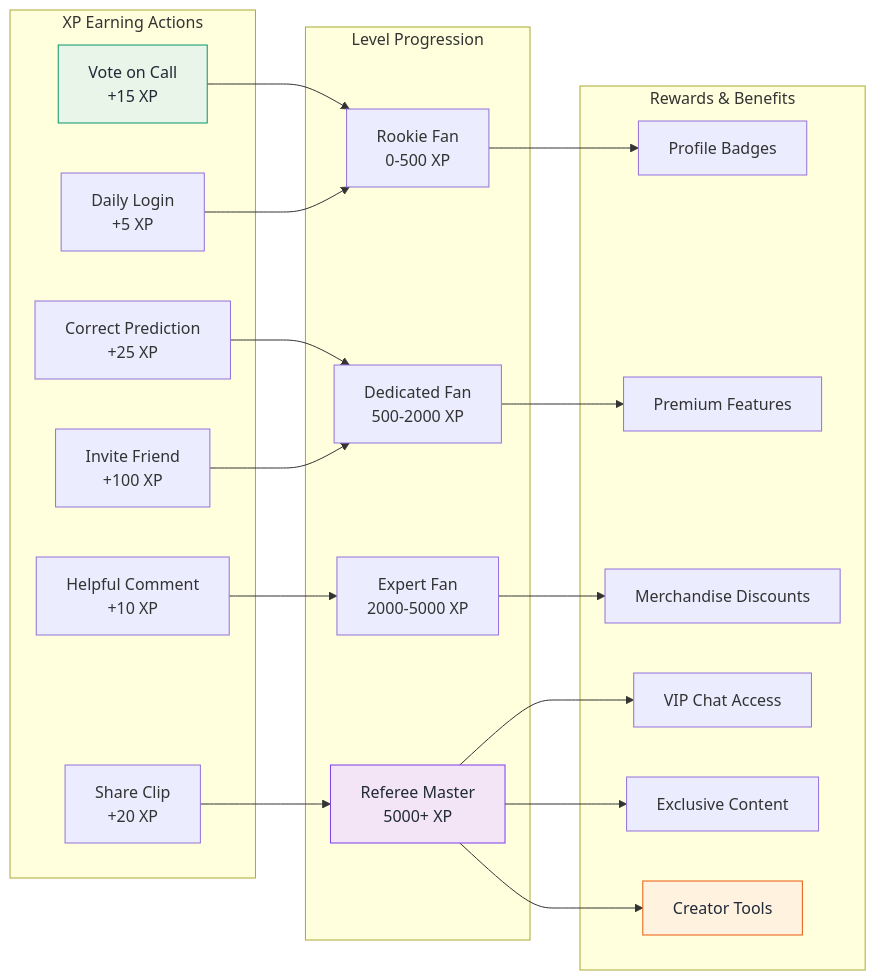
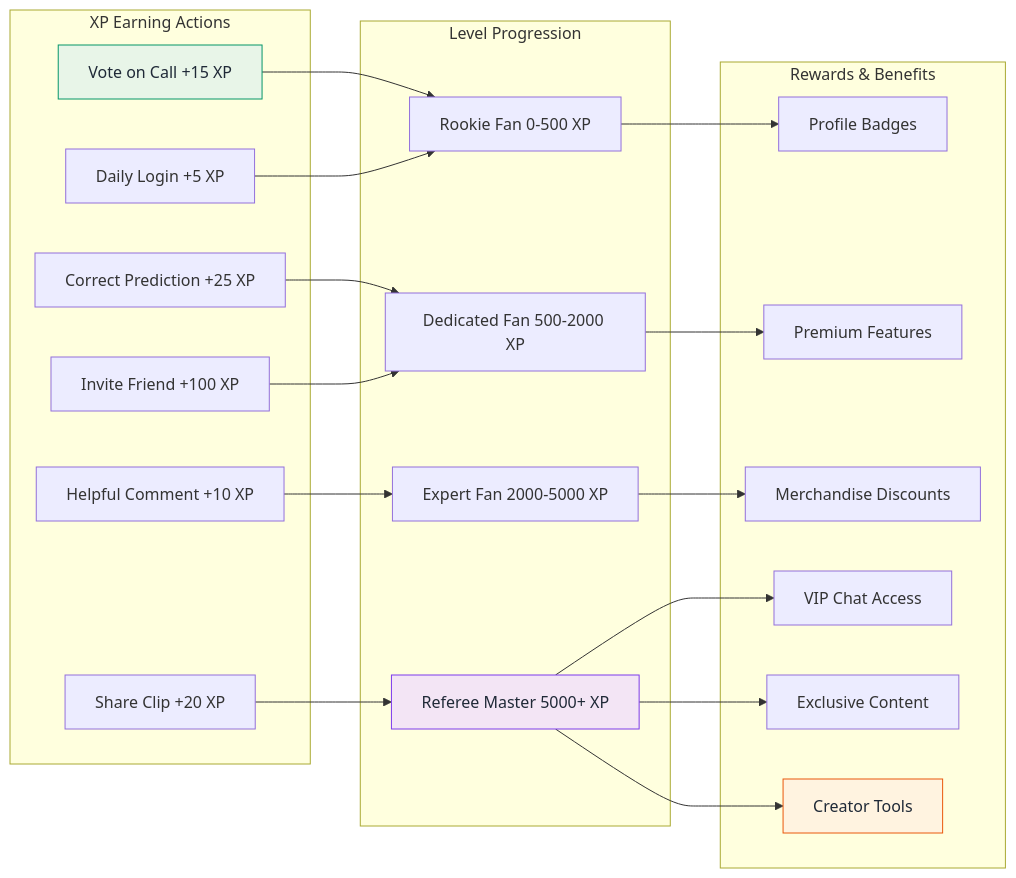
Before and after one commit to SkaFld-Ignite/ref-u-wireframes: the fifth of 9 diagrams in docs/investor-flows.md, drawn with Mermaid. The commit also changed other lines of this file, not shown here.

Commit message:
Fix Mermaid parse error: Remove HTML tags and special characters causing parsing issues

````diff
--- a/docs/investor-flows.md
+++ b/docs/investor-flows.md
@@ -192,45 +192,45 @@
 ```mermaid
 graph LR
     subgraph "XP Earning Actions"
-        A1[Vote on Call<br/>+15 XP]
-        A2[Correct Prediction<br/>+25 XP]
-        A3[Helpful Comment<br/>+10 XP]
-        A4[Share Clip<br/>+20 XP]
-        A5[Daily Login<br/>+5 XP]
-        A6[Invite Friend<br/>+100 XP]
+        A1[Vote on Call +15 XP]
+        A2[Correct Prediction +25 XP]
+        A3[Helpful Comment +10 XP]
+        A4[Share Clip +20 XP]
+        A5[Daily Login +5 XP]
+        A6[Invite Friend +100 XP]
     end
     
     subgraph "Level Progression"
-        B1[Rookie Fan<br/>0-500 XP]
-        B2[Dedicated Fan<br/>500-2000 XP]
-        B3[Expert Fan<br/>2000-5000 XP]
-        B4[Referee Master<br/>5000+ XP]
+        B1[Rookie Fan 0-500 XP]
+        B2[Dedicated Fan 500-2000 XP]
+        B3[Expert Fan 2000-5000 XP]
+        B4[Referee Master 5000+ XP]
     end
     
     subgraph "Rewards & Benefits"
         C1[Profile Badges]
         C2[Premium Features]
         C3[Merchandise Discounts]
         C4[VIP Chat Access]
         C5[Exclusive Content]
         C6[Creator Tools]
     end
     
     A1 --> B1
     A2 --> B2
     A3 --> B3
     A4 --> B4
     A5 --> B1
     A6 --> B2
     
     B1 --> C1
     B2 --> C2
     B3 --> C3
     B4 --> C4
     B4 --> C5
     B4 --> C6
     
     style A1 fill:#e8f5e8,stroke:#059669,color:#1f2937
     style B4 fill:#f3e5f5,stroke:#7c3aed,color:#1f2937
     style C6 fill:#fff3e0,stroke:#ea580c,color:#1f2937
 ```
````
